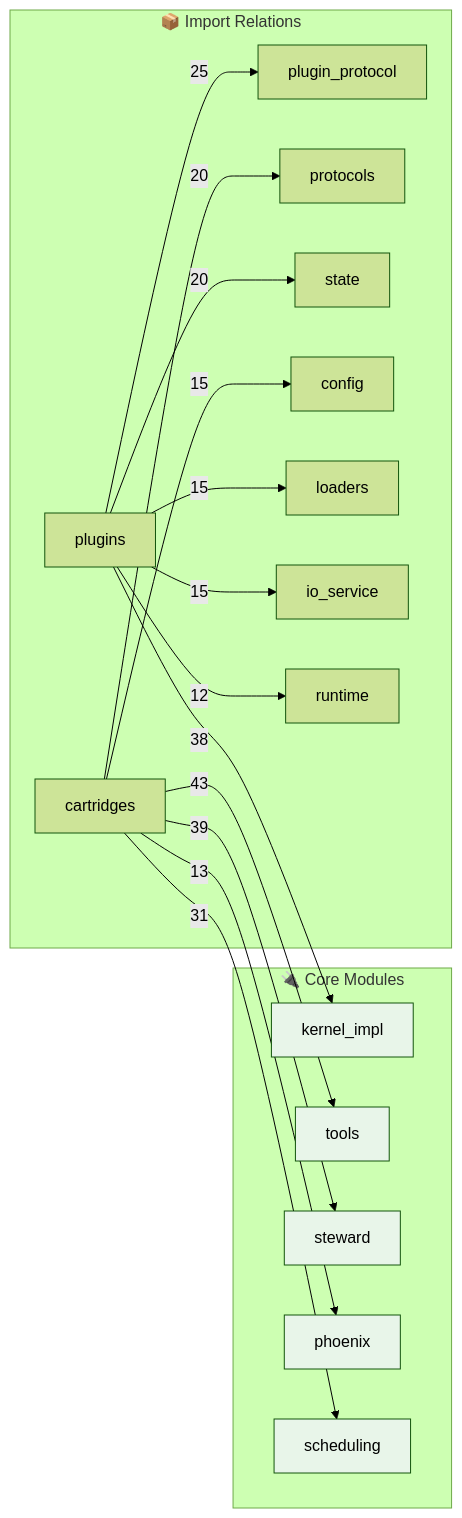
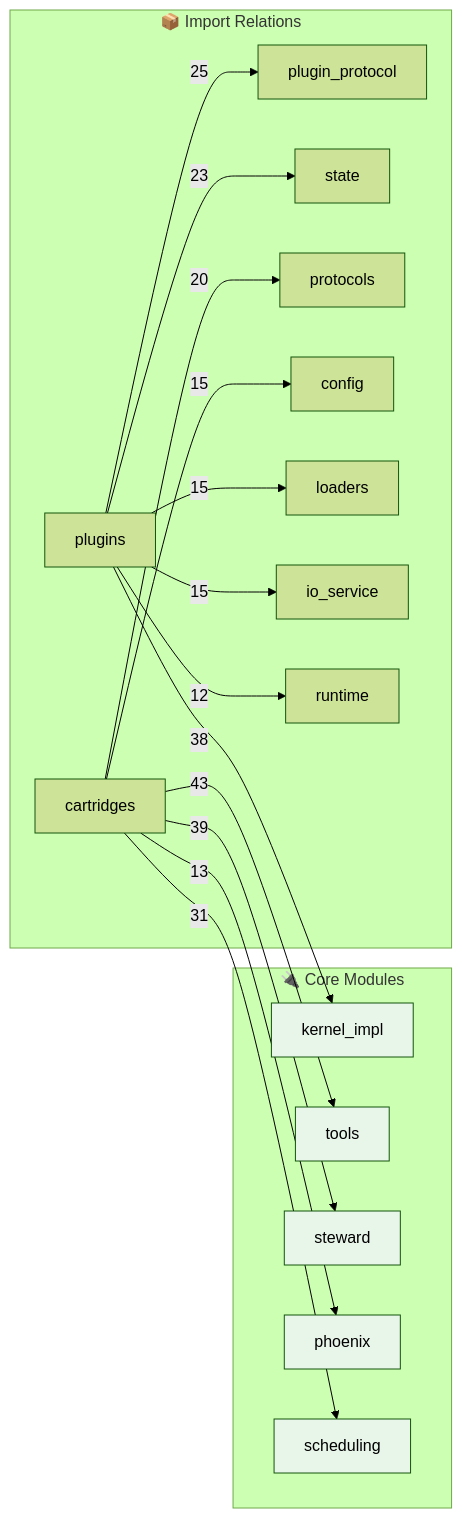
The second of 2 diagrams in OPUS.md (kimeisele/steward-protocol), drawn with Mermaid (forest theme) before and after one commit. The commit also changed other lines of this file and 14 other files, not shown here.

````diff
--- a/OPUS.md
+++ b/OPUS.md
@@ -666,31 +666,31 @@
 ```mermaid
 flowchart LR
     subgraph Core["🔌 Core Modules"]
         kernel_impl[kernel_impl]
         tools[tools]
         steward[steward]
         phoenix[phoenix]
         scheduling[scheduling]
     end
 
     subgraph Edges["📦 Import Relations"]
         cartridges -->|43| tools
         cartridges -->|39| steward
         plugins -->|38| kernel_impl
         cartridges -->|31| scheduling
         plugins -->|25| plugin_protocol
+        plugins -->|23| state
         cartridges -->|20| protocols
-        plugins -->|20| state
         cartridges -->|15| config
         plugins -->|15| loaders
         plugins -->|15| io_service
         cartridges -->|13| phoenix
         plugins -->|12| runtime
     end
 
     style kernel_impl fill:#e8f5e9
     style tools fill:#e8f5e9
     style steward fill:#e8f5e9
     style phoenix fill:#e8f5e9
     style scheduling fill:#e8f5e9
 ```
````
